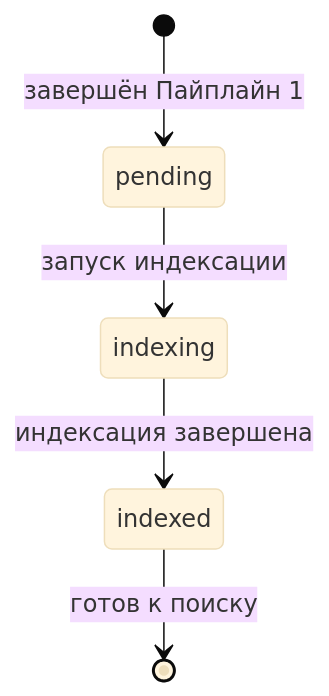
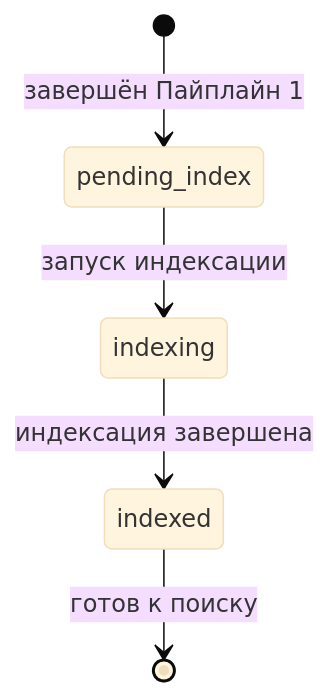
The second of 3 diagrams in docs/pipelines/pipeline2-indexation.md (MasterKSAF/PKB), drawn with Mermaid (base theme) before and after one commit. The commit also changed other lines of this file and 17 other files, not shown here.

Commit message:
Аудит документации: исправление блокирующих проблем API, FSM, схемы данных и кросс-проверка

````diff
--- a/docs/pipelines/pipeline2-indexation.md
+++ b/docs/pipelines/pipeline2-indexation.md
@@ -100,7 +100,7 @@
 ```mermaid
 stateDiagram-v2
-    [*] --> pending : завершён Пайплайн 1
-    pending --> indexing : запуск индексации
+    [*] --> pending_index : завершён Пайплайн 1
+    pending_index --> indexing : запуск индексации
     indexing --> indexed : индексация завершена
     indexed --> [*] : готов к поиску
 ```
````
